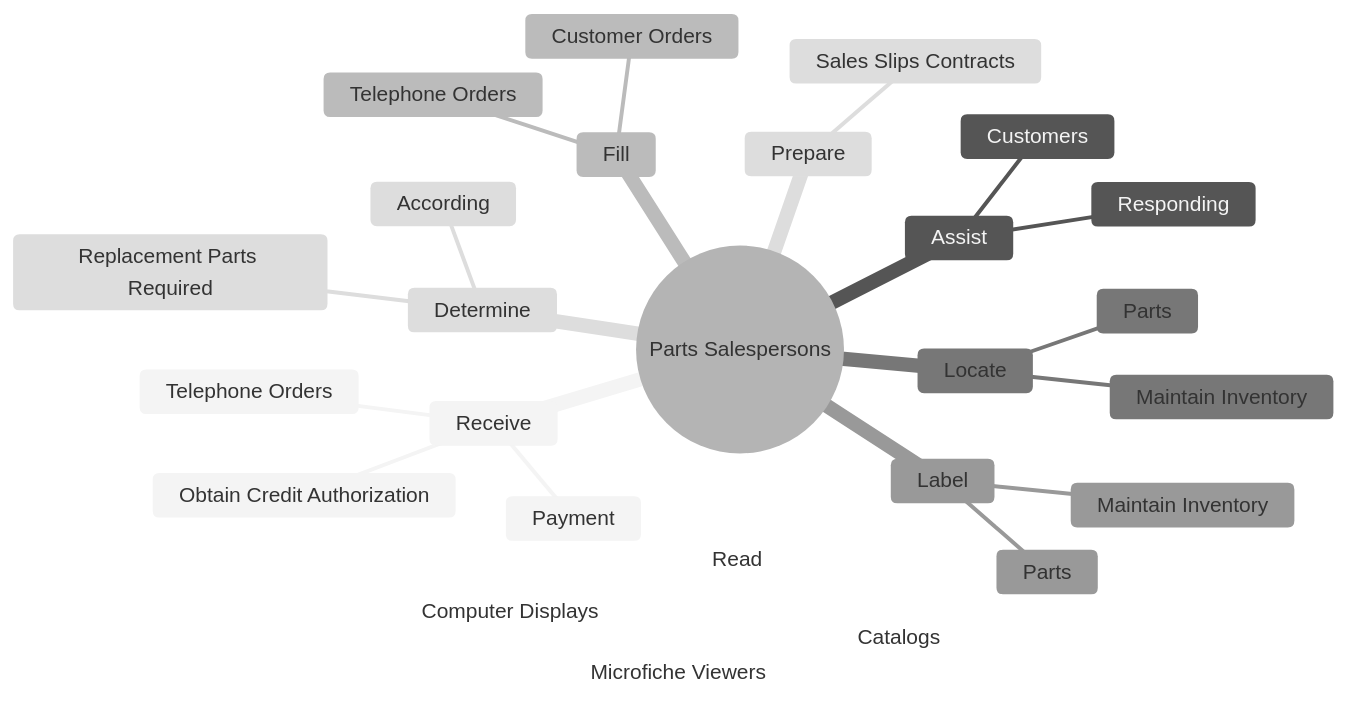
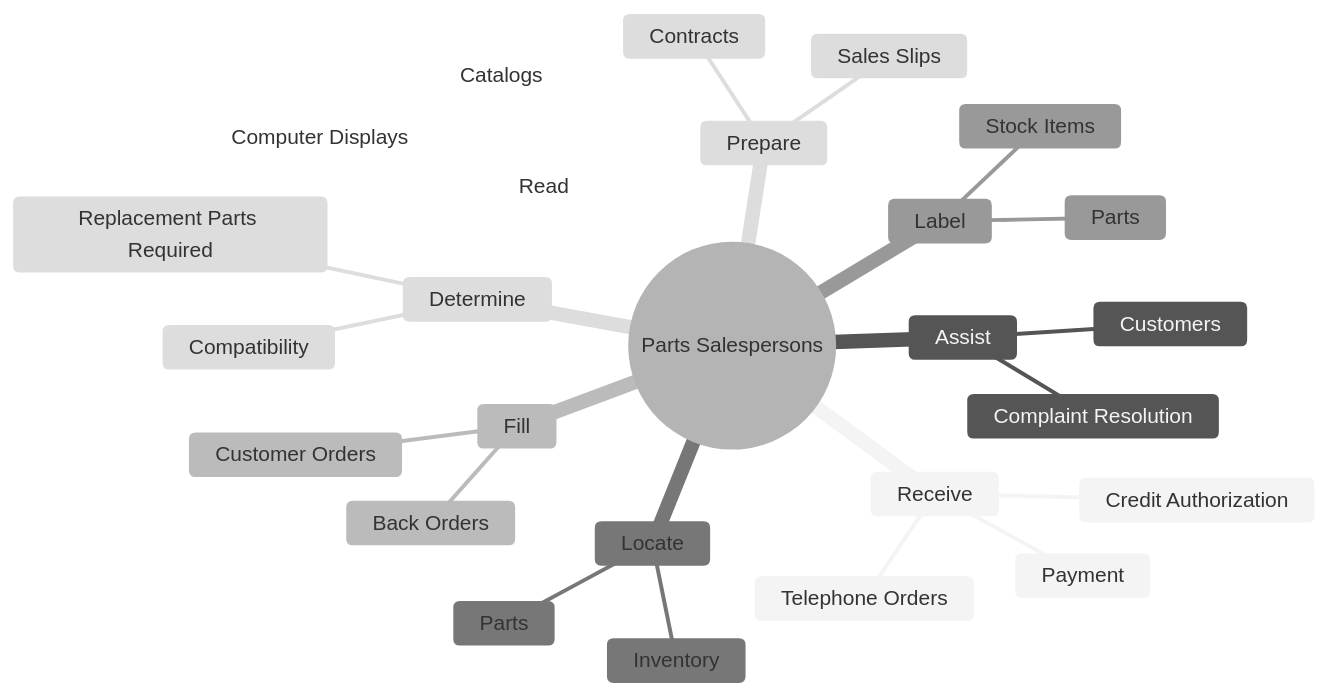
The second of 4 diagrams in occupations/Sales/PartsSalespersons.mdx (kziemski/business.org.ai), drawn with Mermaid (neutral theme) before and after one commit. The commit also changed other lines of this file and 938 other files, not shown here.

````diff
--- a/occupations/Sales/PartsSalespersons.mdx
+++ b/occupations/Sales/PartsSalespersons.mdx
@@ -37,29 +45,29 @@
 ```mermaid
 mindmap
     root(("Parts Salespersons"))
         Receive
             Payment
-            Obtain Credit Authorization
+            Credit Authorization
             Telephone Orders
         Assist
             Customers
-            Responding
+            Complaint Resolution
         Fill
             Customer Orders
-            Telephone Orders
+            Back Orders
         Locate
             Parts
-            Maintain Inventory
+            Inventory
         Label
             Parts
-            Maintain Inventory
+            Stock Items
         Prepare
-            Sales Slips Contracts
+            Sales Slips
+            Contracts
         Read
             Catalogs
-            Microfiche Viewers
             Computer Displays
         Determine
             Replacement Parts Required
-            According
+            Compatibility
 ```
````
